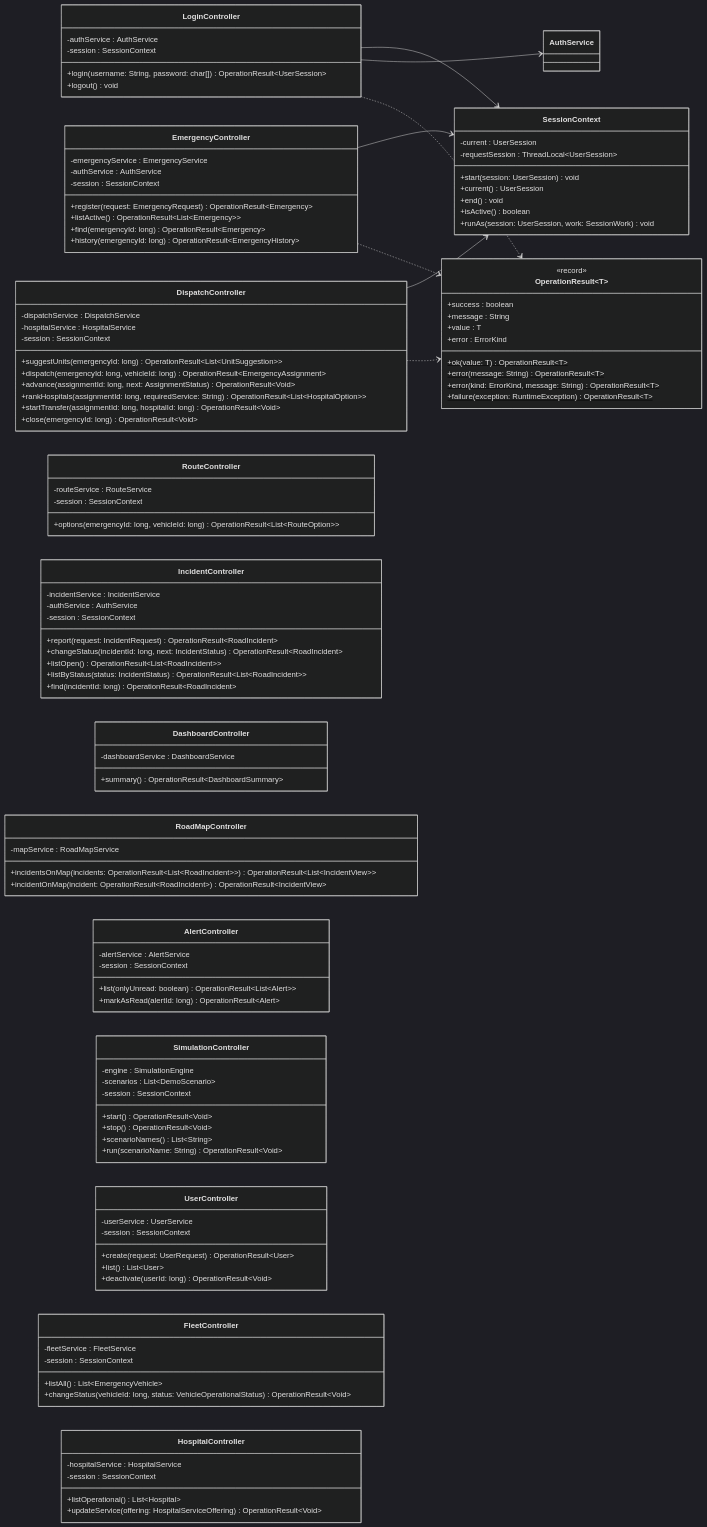
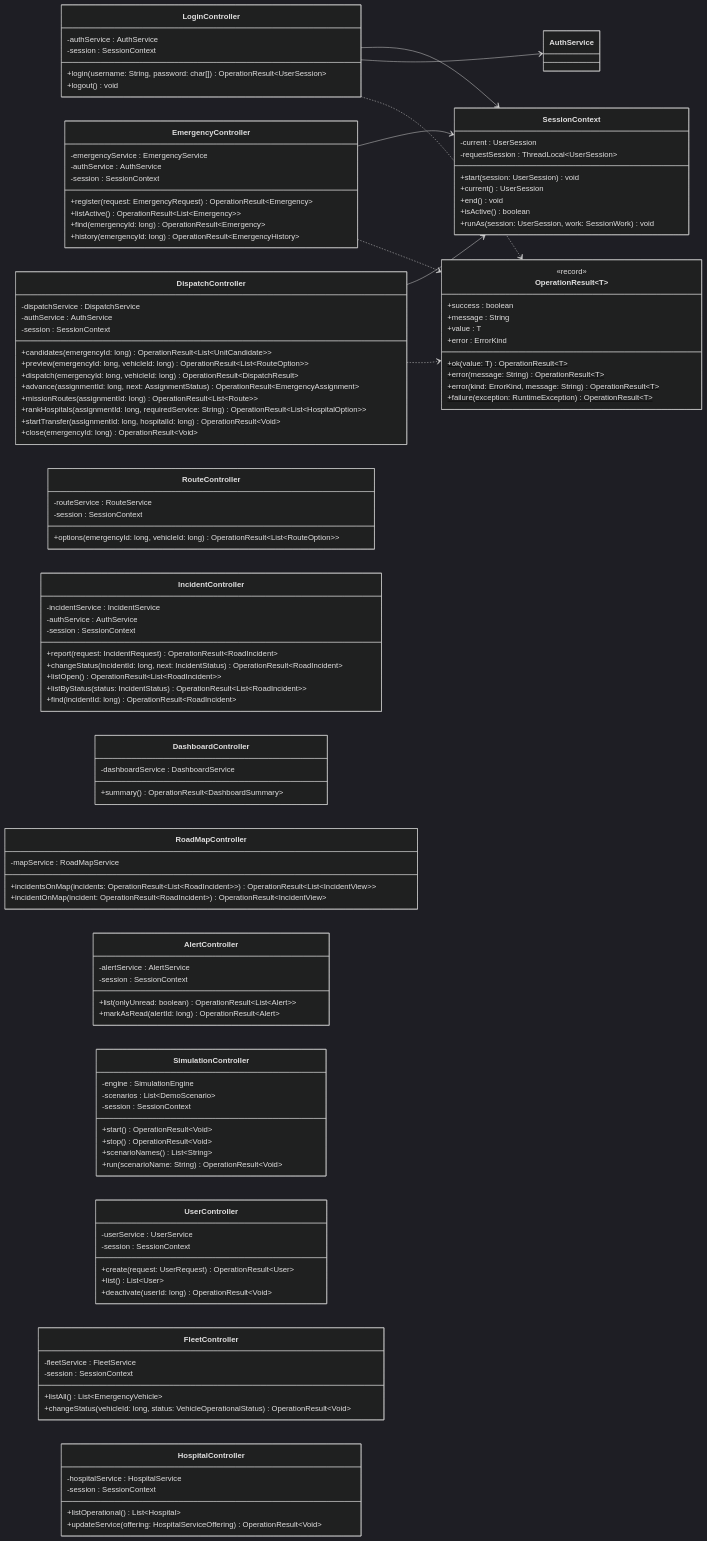
One commit to afzabaleta/RutaVida changed diagram 22 of 24 in docs/class-diagram.md. Above: the diagram before and after it, drawn with Mermaid (dark theme). The commit also changed other lines of this file and 2 other files, not shown here.

Commit message:
docs: document-dispatch

```diff
--- a/docs/class-diagram.md
+++ b/docs/class-diagram.md
@@ -1797,11 +1802,13 @@
     }
     class DispatchController {
         -dispatchService : DispatchService
-        -hospitalService : HospitalService
+        -authService : AuthService
         -session : SessionContext
-        +suggestUnits(emergencyId: long) OperationResult~List~UnitSuggestion~~
-        +dispatch(emergencyId: long, vehicleId: long) OperationResult~EmergencyAssignment~
-        +advance(assignmentId: long, next: AssignmentStatus) OperationResult~Void~
+        +candidates(emergencyId: long) OperationResult~List~UnitCandidate~~
+        +preview(emergencyId: long, vehicleId: long) OperationResult~List~RouteOption~~
+        +dispatch(emergencyId: long, vehicleId: long) OperationResult~DispatchResult~
+        +advance(assignmentId: long, next: AssignmentStatus) OperationResult~EmergencyAssignment~
+        +missionRoutes(assignmentId: long) OperationResult~List~Route~~
         +rankHospitals(assignmentId: long, requiredService: String) OperationResult~List~HospitalOption~~
         +startTransfer(assignmentId: long, hospitalId: long) OperationResult~Void~
         +close(emergencyId: long) OperationResult~Void~
```
